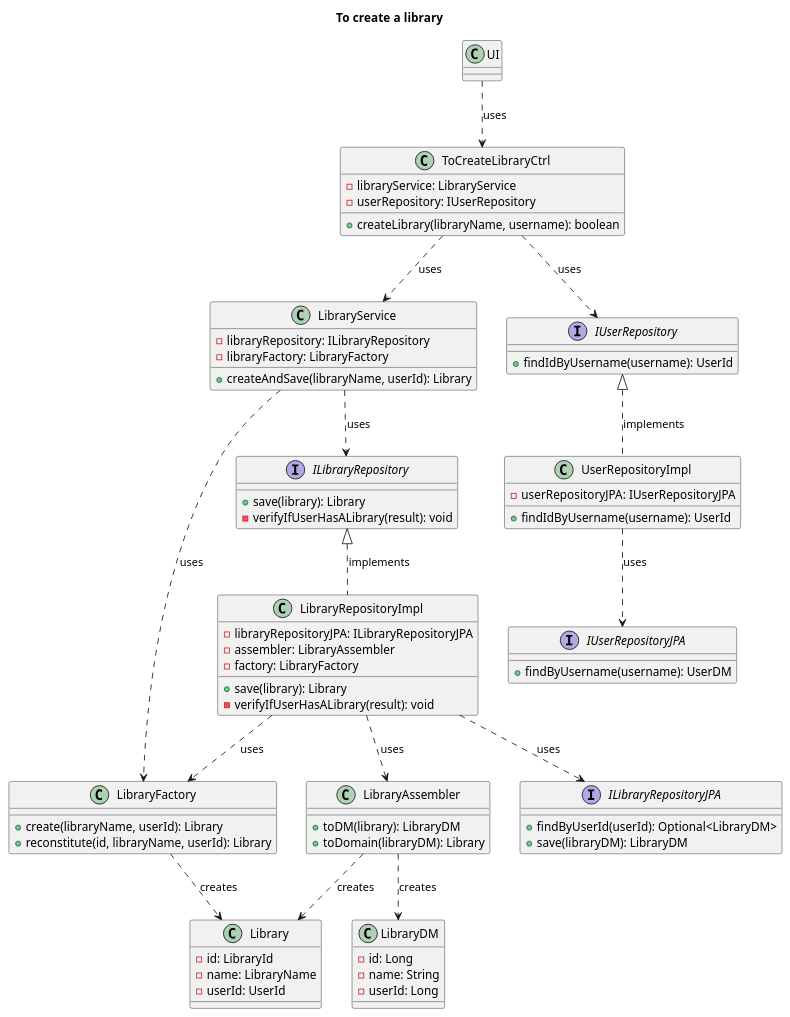
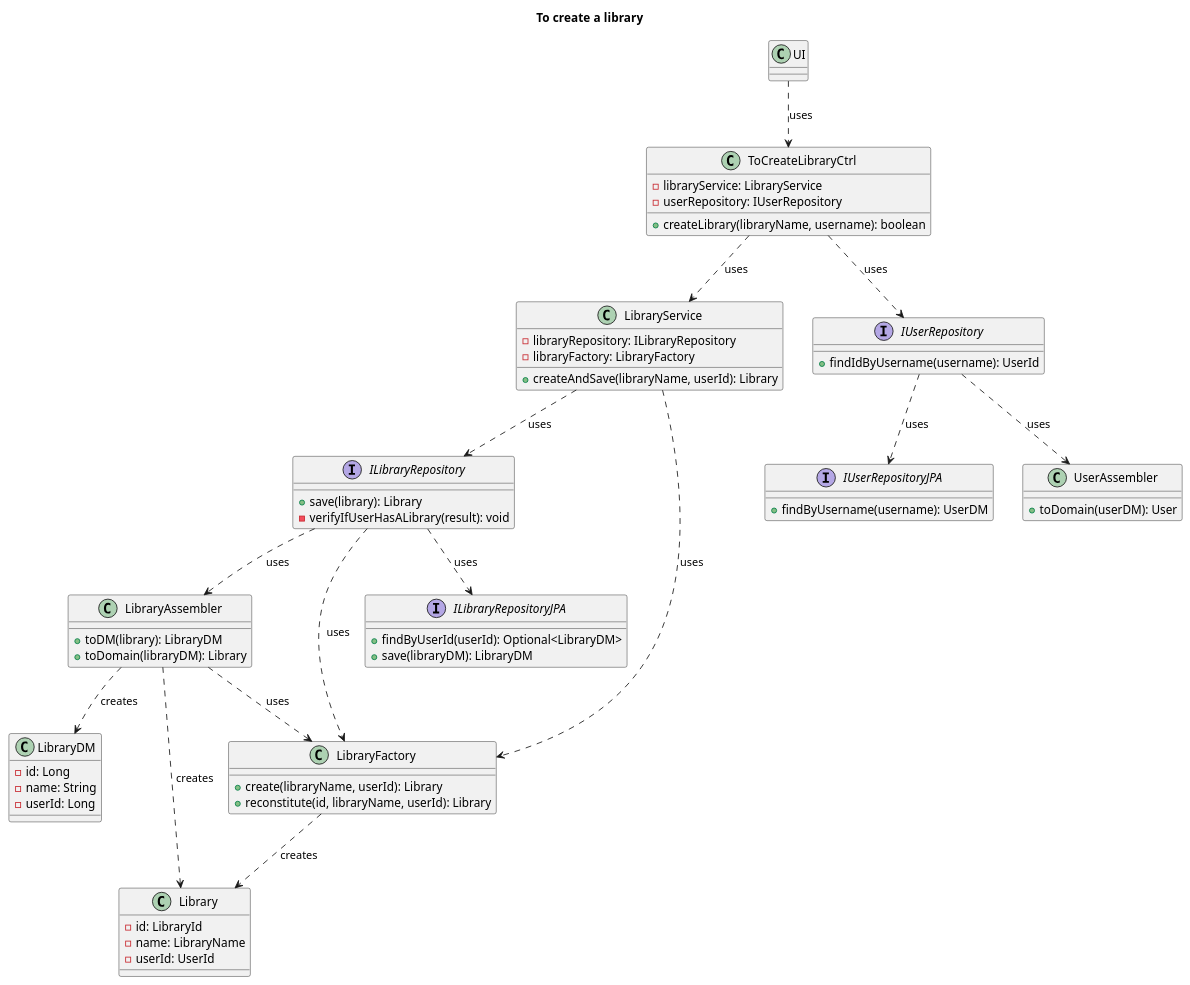
The diagram in Diagrams/ClassDiagrams/To-create-a-library.puml (AndrePereiraGitH/SWitCH-Project-Team_A), drawn with PlantUML before and after one commit. The commit also changed 4 other files, not shown here.

```diff
--- a/Diagrams/ClassDiagrams/To-create-a-library.puml
+++ b/Diagrams/ClassDiagrams/To-create-a-library.puml
@@ -1,88 +1,79 @@
 @startuml
 title To create a library
 
 class UI {
 }
 
 class ToCreateLibraryCtrl {
     - libraryService: LibraryService
     - userRepository: IUserRepository
     + createLibrary(libraryName, username): boolean
 }
 
 class LibraryService {
     - libraryRepository: ILibraryRepository
     - libraryFactory: LibraryFactory
     + createAndSave(libraryName, userId): Library
 }
 
 interface IUserRepository {
     + findIdByUsername(username): UserId
 }
 
-class UserRepositoryImpl {
-    - userRepositoryJPA: IUserRepositoryJPA
-    + findIdByUsername(username): UserId
-}
-
 interface IUserRepositoryJPA {
     + findByUsername(username): UserDM
 }
 
-interface ILibraryRepository {
-    + save(library): Library
-    - verifyIfUserHasALibrary(result): void
+class UserAssembler {
+    + toDomain(userDM): User
 }
 
-class LibraryRepositoryImpl {
-    - libraryRepositoryJPA: ILibraryRepositoryJPA
-    - assembler: LibraryAssembler
-    - factory: LibraryFactory
+interface ILibraryRepository {
     + save(library): Library
     - verifyIfUserHasALibrary(result): void
 }
 
 interface ILibraryRepositoryJPA {
     + findByUserId(userId): Optional<LibraryDM>
     + save(libraryDM): LibraryDM
 }
 
 class LibraryAssembler {
     + toDM(library): LibraryDM
     + toDomain(libraryDM): Library
 }
 
 class LibraryFactory {
     + create(libraryName, userId): Library
     + reconstitute(id, libraryName, userId): Library
 }
 
 class Library {
     - id: LibraryId
     - name: LibraryName
     - userId: UserId
 }
 
 class LibraryDM {
     - id: Long
     - name: String
     - userId: Long
 }
 
 ' Relationships
 UI ..> ToCreateLibraryCtrl: uses
 ToCreateLibraryCtrl ..> LibraryService: uses
 ToCreateLibraryCtrl ..> IUserRepository: uses
-IUserRepository <|.. UserRepositoryImpl: implements
-UserRepositoryImpl ..> IUserRepositoryJPA: uses
+IUserRepository ..> IUserRepositoryJPA: uses
+IUserRepository ..> UserAssembler: uses
 LibraryService ..> ILibraryRepository: uses
 LibraryService ..> LibraryFactory: uses
-ILibraryRepository <|.. LibraryRepositoryImpl: implements
-LibraryRepositoryImpl ..> ILibraryRepositoryJPA: uses
-LibraryRepositoryImpl ..> LibraryAssembler: uses
-LibraryRepositoryImpl ..> LibraryFactory: uses
+ILibraryRepository ..> ILibraryRepositoryJPA: uses
+ILibraryRepository ..> LibraryAssembler: uses
+ILibraryRepository ..> LibraryFactory: uses
 LibraryAssembler ..> LibraryDM: creates
 LibraryAssembler ..> Library: creates
+LibraryAssembler ..> LibraryFactory: uses
 LibraryFactory ..> Library: creates
 
 @enduml
```
